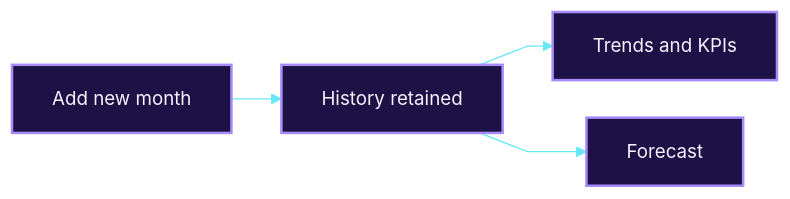
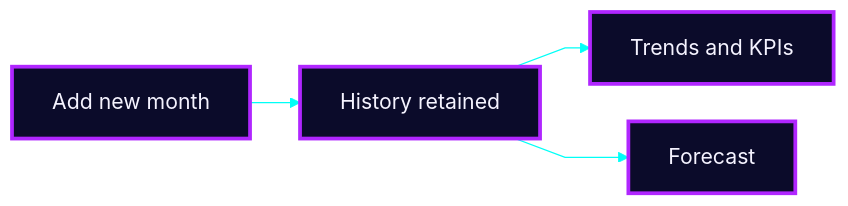
One commit to Mansi232323/MANSHORA changed the eighth of 17 diagrams in README.md. Above: the diagram before and after it, drawn with Mermaid. The commit also changed other lines of this file, not shown here.

````diff
--- a/README.md
+++ b/README.md
@@ -315,9 +356,9 @@
 ```mermaid
-%%{init: {'theme':'base','themeVariables':{'fontSize':'15px','fontFamily':'Arial, Helvetica, sans-serif','primaryColor':'#1e1145','primaryTextColor':'#f5f3ff','primaryBorderColor':'#a78bfa','lineColor':'#67e8f9','textColor':'#f5f3ff','edgeLabelBackground':'#1e1145'},'flowchart':{'htmlLabels':true,'nodeSpacing':30,'rankSpacing':40,'padding':16,'curve':'linear'}}}%%
+%%{init: {'theme':'base','themeVariables':{'fontSize':'17px','fontFamily':'Arial, Helvetica, sans-serif','primaryColor':'#0b0b2a','primaryTextColor':'#f5f3ff','primaryBorderColor':'#b026ff','lineColor':'#00fff7','textColor':'#f5f3ff','edgeLabelBackground':'#0b0b2a'},'flowchart':{'htmlLabels':true,'nodeSpacing':30,'rankSpacing':40,'padding':16,'curve':'linear'}}}%%
 flowchart LR
     M["Add new month"] --> H["History retained"]
     H --> T["Trends and KPIs"]
     H --> F["Forecast"]
-    classDef a fill:#1e1145,stroke:#a78bfa,stroke-width:2px,color:#f5f3ff
+    classDef a fill:#0b0b2a,stroke:#b026ff,stroke-width:3px,color:#f5f3ff
     class M,H,T,F a
 ```
````
